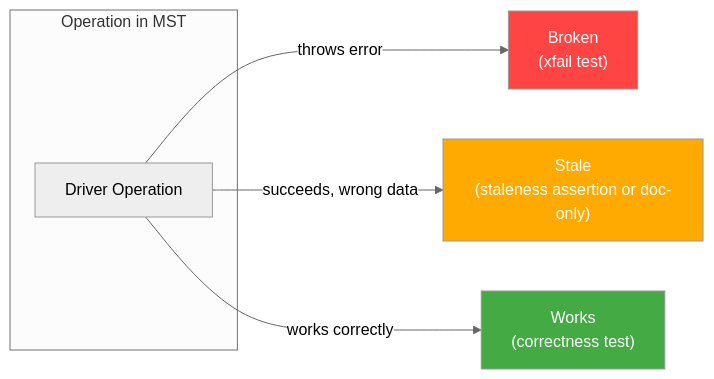
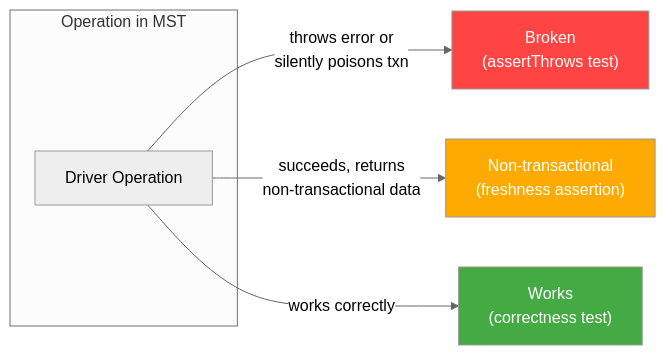
The first of 10 diagrams in docs/mst-test-design.md (databricks/databricks-jdbc), drawn with Mermaid (neutral theme) before and after one commit. The commit also changed other lines of this file, not shown here.

First line of the commit message:
Update MST test design doc with E2E findings

````diff
--- a/docs/mst-test-design.md
+++ b/docs/mst-test-design.md
@@ -13,13 +13,13 @@
 ```mermaid
 graph LR
     subgraph "Operation in MST"
         OP[Driver Operation]
     end
-    OP -->|throws error| BROKEN["Broken<br/>(xfail test)"]
-    OP -->|succeeds, wrong data| STALE["Stale<br/>(staleness assertion or doc-only)"]
+    OP -->|throws error or<br/>silently poisons txn| BROKEN["Broken<br/>(assertThrows test)"]
+    OP -->|succeeds, returns<br/>non-transactional data| NONTXN["Non-transactional<br/>(freshness assertion)"]
     OP -->|works correctly| WORKS["Works<br/>(correctness test)"]
 
     style BROKEN fill:#f44,color:#fff
-    style STALE fill:#fa0,color:#fff
+    style NONTXN fill:#fa0,color:#fff
     style WORKS fill:#4a4,color:#fff
 ```
````
